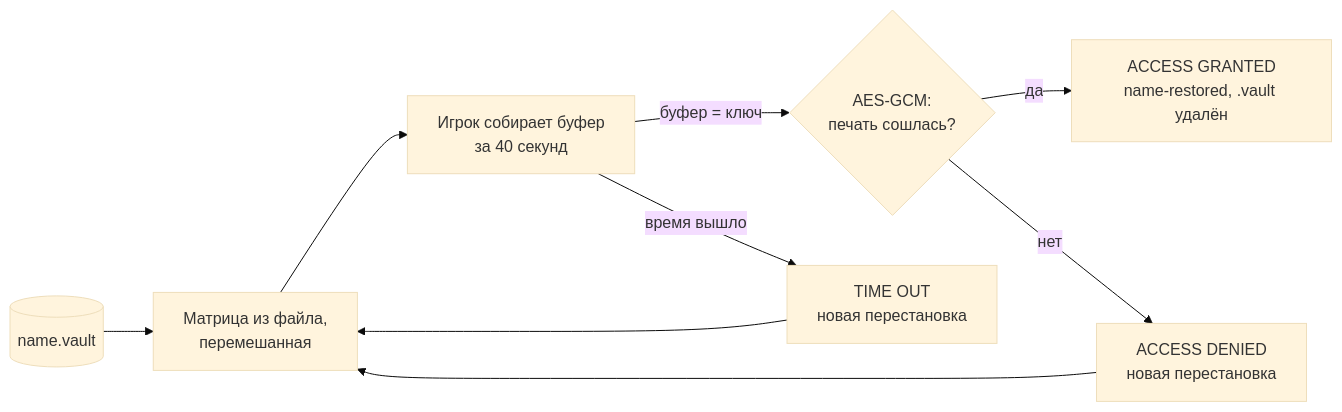
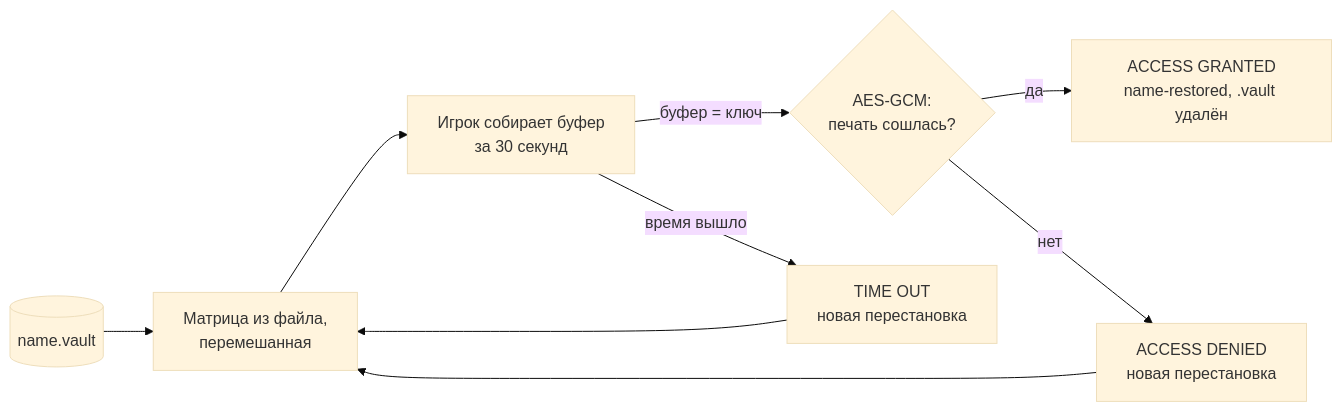
One commit to sufferingOfWin95/cyberpunk-breach-vault changed the second of 2 diagrams in README.md. Above: the diagram before and after it, drawn with Mermaid (base theme). The commit also changed other lines of this file and 2 other files, not shown here.

Commit message:
Вернуть таймер 30 секунд (старт по-прежнему сразу при показе матрицы)

````diff
--- a/README.md
+++ b/README.md
@@ -96,11 +96,11 @@
 ```mermaid
 flowchart LR
     V[(name.vault)] --> M[Матрица из файла,<br/>перемешанная]
-    M --> P[Игрок собирает буфер<br/>за 40 секунд]
+    M --> P[Игрок собирает буфер<br/>за 30 секунд]
     P -->|буфер = ключ| D{AES-GCM:<br/>печать сошлась?}
     P -->|время вышло| T[TIME OUT<br/>новая перестановка]
     D -->|да| OK[ACCESS GRANTED<br/>name-restored, .vault удалён]
     D -->|нет| NO[ACCESS DENIED<br/>новая перестановка]
     NO --> M
     T --> M
 ```
````
